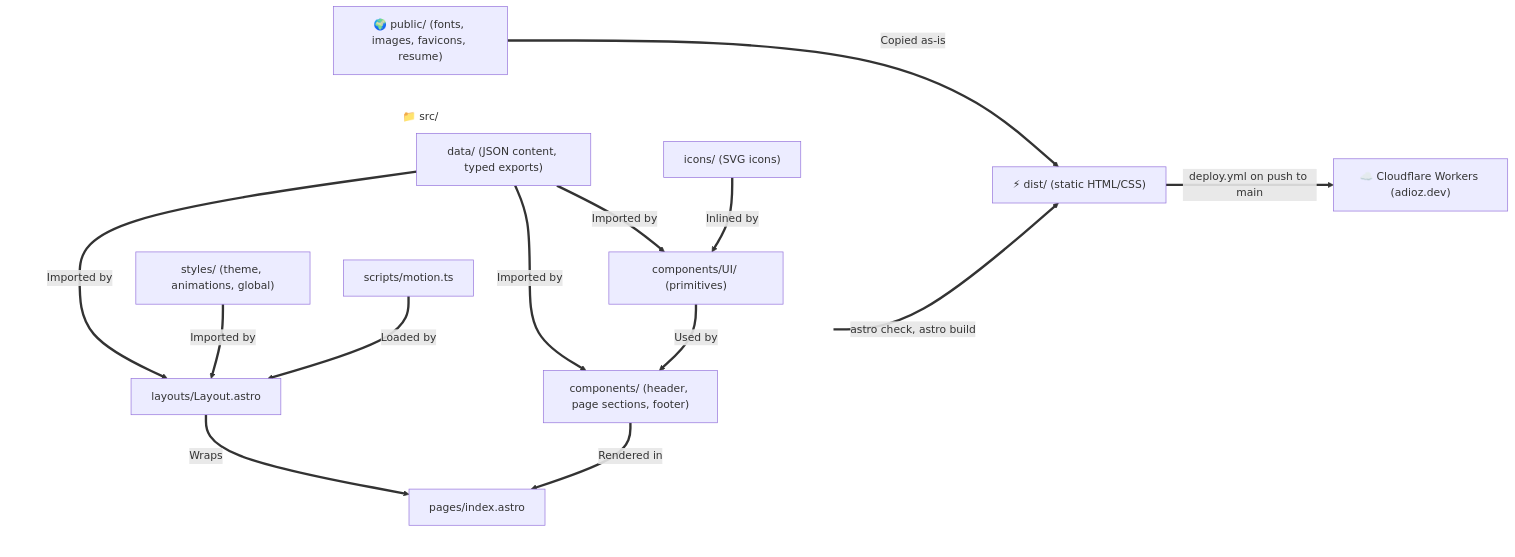
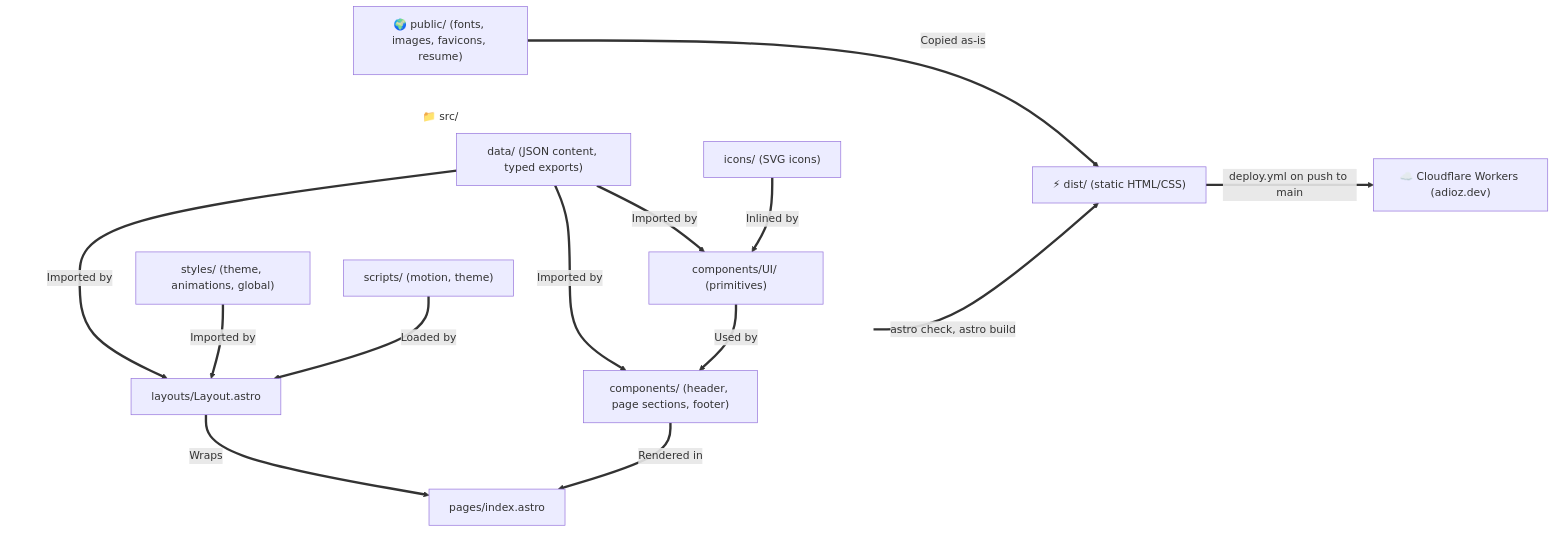
One commit to adiozeshitemi/adioz-profile changed the diagram in docs/architecture.md. Above: the diagram before and after it, drawn with Mermaid. The commit also changed other lines of this file and 12 other files, not shown here.

````diff
--- a/docs/architecture.md
+++ b/docs/architecture.md
@@ -9,33 +9,33 @@
 ```mermaid
 flowchart LR
     %% Define invisible styling for subgraphs to remove backgrounds and borders
     classDef transparent fill:none,stroke:none;
 
     subgraph Src ["📁 src/"]
         direction TB
         Data["data/ (JSON content, typed exports)"]
         Styles["styles/ (theme, animations, global)"]
-        Scripts["scripts/motion.ts"]
+        Scripts["scripts/ (motion, theme)"]
         Icons["icons/ (SVG icons)"]
         UI["components/UI/ (primitives)"]
         Sections["components/ (header, page sections, footer)"]
         Layout["layouts/Layout.astro"]
         Page["pages/index.astro"]
     end
 
     Icons ==>|Inlined by| UI
     Data ==>|Imported by| UI
     Data ==>|Imported by| Sections
     UI ==>|Used by| Sections
     Data ==>|Imported by| Layout
     Styles ==>|Imported by| Layout
     Scripts ==>|Loaded by| Layout
     Sections ==>|Rendered in| Page
     Layout ==>|Wraps| Page
     Page ==>|astro check, astro build| Dist["⚡ dist/ (static HTML/CSS)"]
     Public["🌍 public/ (fonts, images, favicons, resume)"] ==>|Copied as-is| Dist
     Dist ==>|deploy.yml on push to main| Workers["☁️ Cloudflare Workers (adioz.dev)"]
 
     %% Apply transparent class to subgraphs
     class Src transparent;
 ```
````
